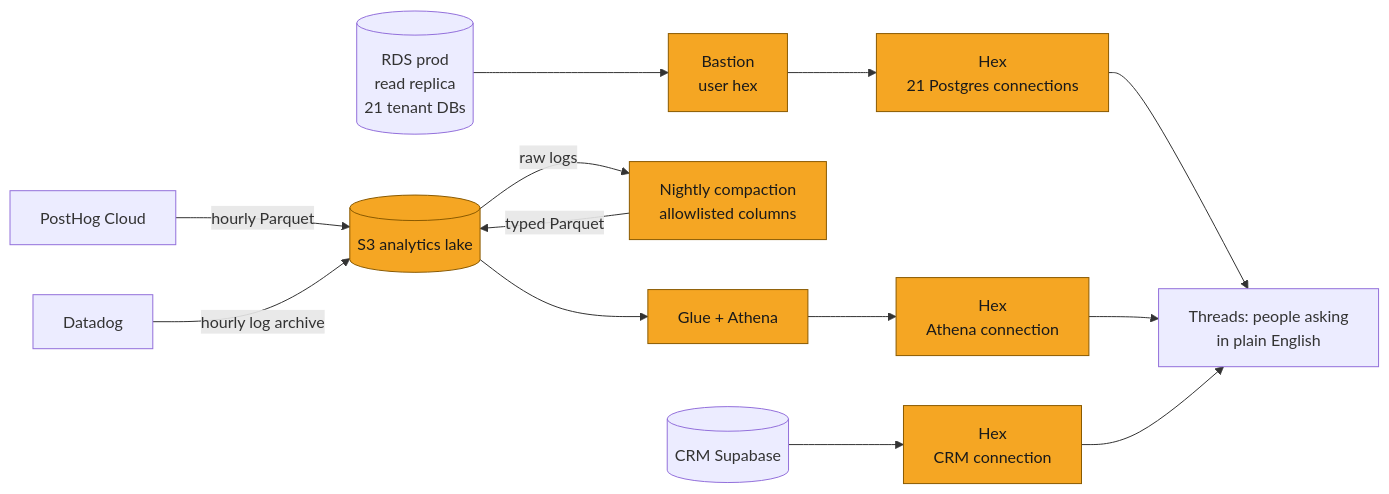
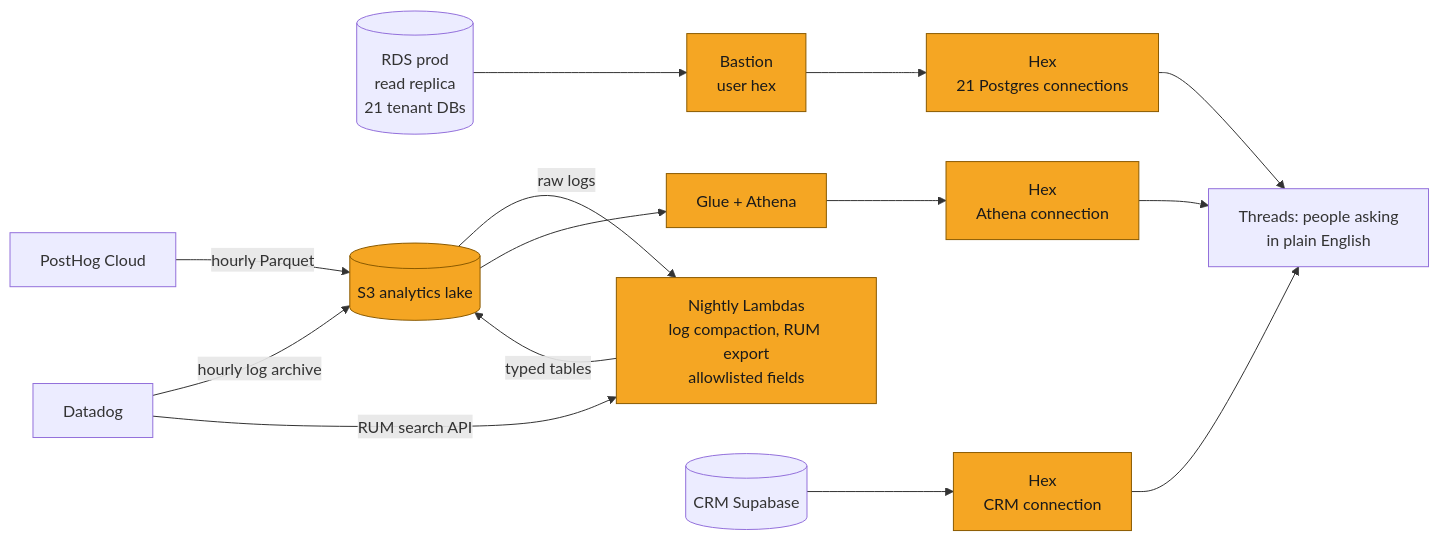
Before and after one commit to Solstice-Health/engineering-specs: the first of 5 diagrams in plans/SOL-XXXX-analytics-lake-hex.md, drawn with Mermaid. The commit also changed other lines of this file, not shown here.

Commit message:
Plan: Datadog RUM events join the lake (phase 6b)

````diff
--- a/plans/SOL-XXXX-analytics-lake-hex.md
+++ b/plans/SOL-XXXX-analytics-lake-hex.md
@@ -46,16 +46,17 @@
 ```mermaid
 flowchart LR
     classDef delta fill:#F5A623,stroke:#8A5A00,color:#1A1A1A
     RDS[("RDS prod\nread replica\n21 tenant DBs")] --> B["Bastion\nuser hex"]:::delta
     B --> HX["Hex\n21 Postgres connections"]:::delta
     PH["PostHog Cloud"] -->|hourly Parquet| S3[("S3 analytics lake")]:::delta
     DD["Datadog"] -->|hourly log archive| S3
-    S3 -->|raw logs| LC["Nightly compaction\nallowlisted columns"]:::delta
-    LC -->|typed Parquet| S3
+    S3 -->|raw logs| LC["Nightly Lambdas\nlog compaction, RUM export\nallowlisted fields"]:::delta
+    DD -->|RUM search API| LC
+    LC -->|typed tables| S3
     S3 --> AT["Glue + Athena"]:::delta
     AT --> HX2["Hex\nAthena connection"]:::delta
     CRM[("CRM Supabase")] --> HX3["Hex\nCRM connection"]:::delta
     HX --> T["Threads: people asking\nin plain English"]
     HX2 --> T
     HX3 --> T
 ```
````
